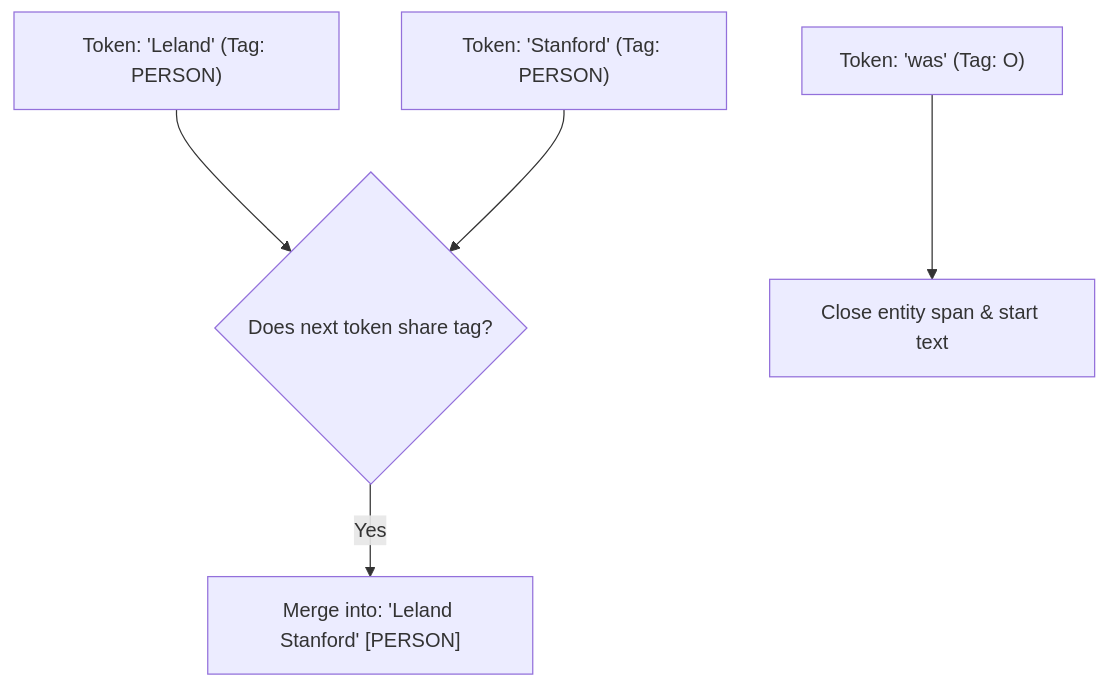
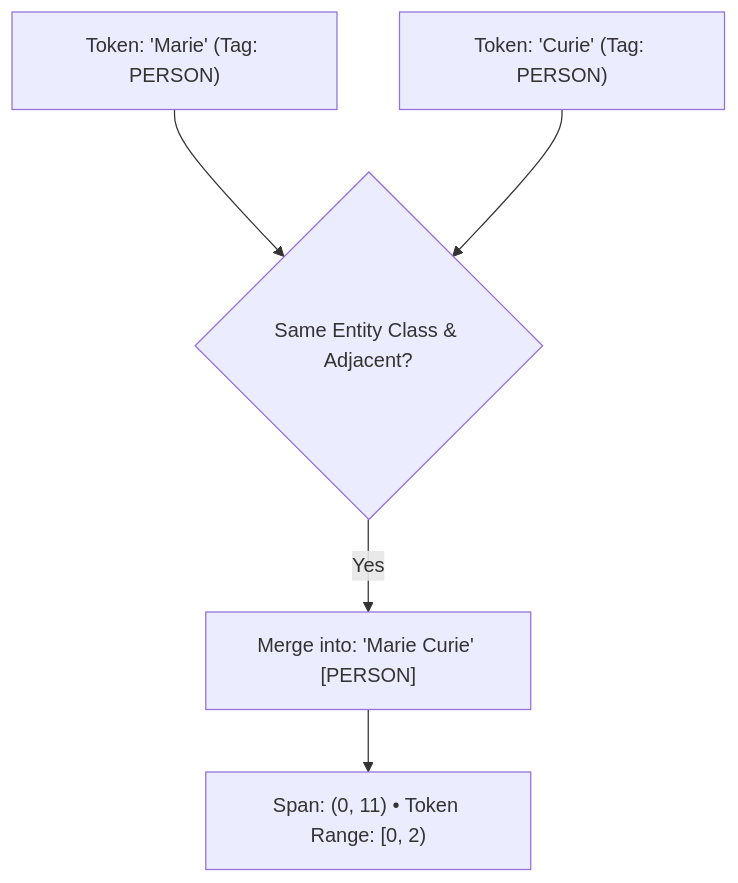
Before and after one commit to Shaik673/Textra: the third of 5 diagrams in README.md, drawn with Mermaid. The commit also changed other lines of this file and 26 other files, not shown here.

````diff
--- a/README.md
+++ b/README.md
@@ -337,7 +335,7 @@
 ```mermaid
 flowchart TD
-  T1["Token: 'Leland' (Tag: PERSON)"] --> Check{"Does next token share tag?"}
-  T2["Token: 'Stanford' (Tag: PERSON)"] --> Check
-  Check -->|Yes| Merge["Merge into: 'Leland Stanford' [PERSON]"]
-  T3["Token: 'was' (Tag: O)"] --> Close["Close entity span & start text"]
+  T1["Token: 'Marie' (Tag: PERSON)"] --> Check{"Same Entity Class & Adjacent?"}
+  T2["Token: 'Curie' (Tag: PERSON)"] --> Check
+  Check -->|Yes| Merge["Merge into: 'Marie Curie' [PERSON]"]
+  Merge --> Span["Span: (0, 11) • Token Range: [0, 2)"]
 ```
````
